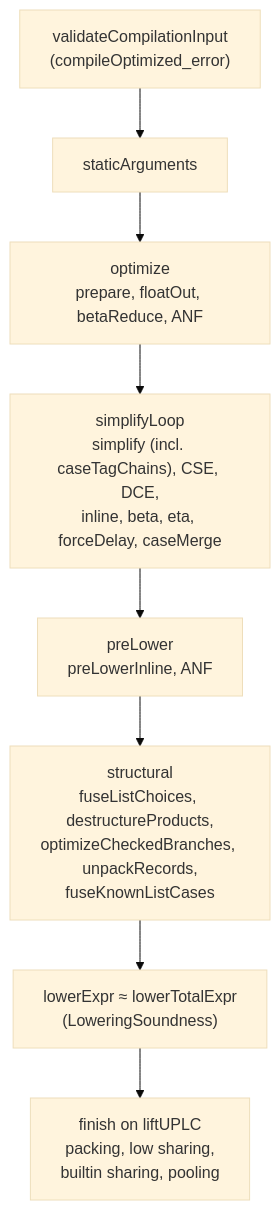
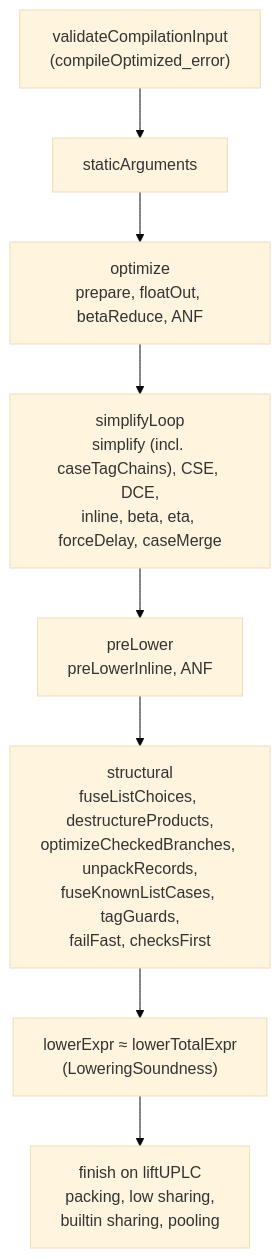
One commit to SeungheonOh/Moist changed the diagram in docs/MIR-Pipeline-Soundness.md. Above: the diagram before and after it, drawn with Mermaid (base theme). The commit also changed other lines of this file and 5 other files, not shown here.

Commit message:
opt(mir): run checks before work in the structural stage

````diff
--- a/docs/MIR-Pipeline-Soundness.md
+++ b/docs/MIR-Pipeline-Soundness.md
@@ -48,10 +48,10 @@
 ```mermaid
 graph TD
   V["validateCompilationInput<br>(compileOptimized_error)"] --> S["staticArguments"]
   S --> O["optimize<br>prepare, floatOut, betaReduce, ANF"]
   O --> L["simplifyLoop<br>simplify (incl. caseTagChains), CSE, DCE,<br>inline, beta, eta, forceDelay, caseMerge"]
   L --> P["preLower<br>preLowerInline, ANF"]
-  P --> T["structural<br>fuseListChoices, destructureProducts,<br>optimizeCheckedBranches, unpackRecords,<br>fuseKnownListCases"]
+  P --> T["structural<br>fuseListChoices, destructureProducts,<br>optimizeCheckedBranches, unpackRecords,<br>fuseKnownListCases, tagGuards,<br>failFast, checksFirst"]
   T --> W["lowerExpr ≈ lowerTotalExpr<br>(LoweringSoundness)"]
   W --> F["finish on liftUPLC<br>packing, low sharing,<br>builtin sharing, pooling"]
 ```
````
